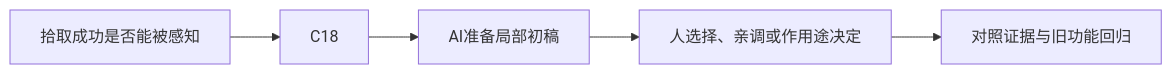
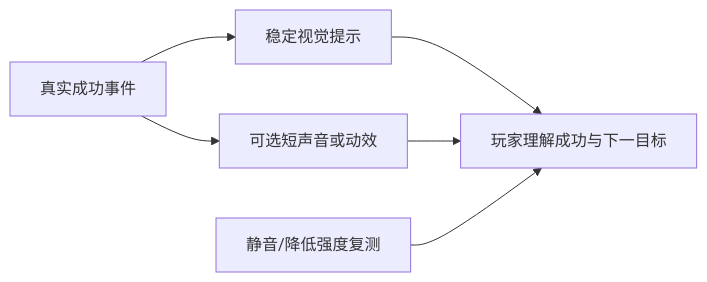
Before and after one commit to Zilur/ai-3d-game-learning: the diagram in curriculum/lessons/B11.md, drawn with Mermaid. The commit also changed other lines of this file and 164 other files, not shown here.

Commit message:
docs: publish 47 step-by-step AI lesson flows, world upgrade and optional training corner

````diff
--- a/curriculum/lessons/B11.md
+++ b/curriculum/lessons/B11.md
@@ -38,7 +35,8 @@
 ```mermaid
 flowchart LR
-  S["拾取成功是否能被感知"] --> K["C18"]
-  K --> AI["AI准备局部初稿"]
-  AI --> H["人选择、亲调或作用途决定"]
-  H --> V["对照证据与旧功能回归"]
+ E["真实成功事件"] --> V["稳定视觉提示"]
+ E --> A["可选短声音或动效"]
+ V --> P["玩家理解成功与下一目标"]
+ A --> P
+ M["静音/降低强度复测"] --> P
 ```
````
